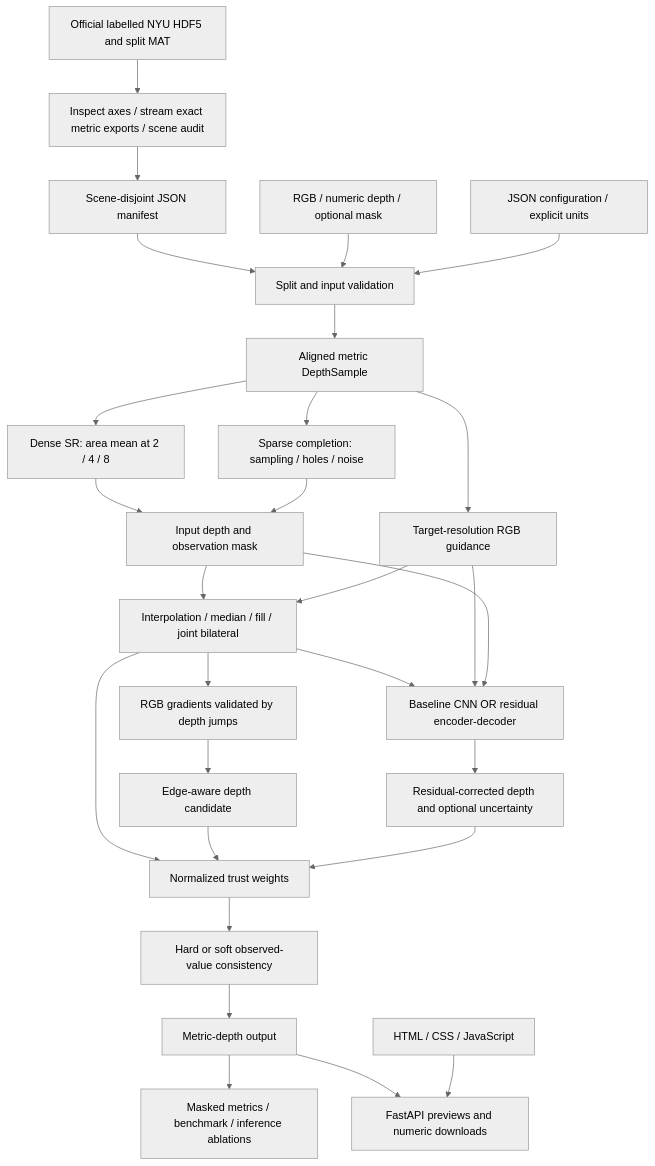
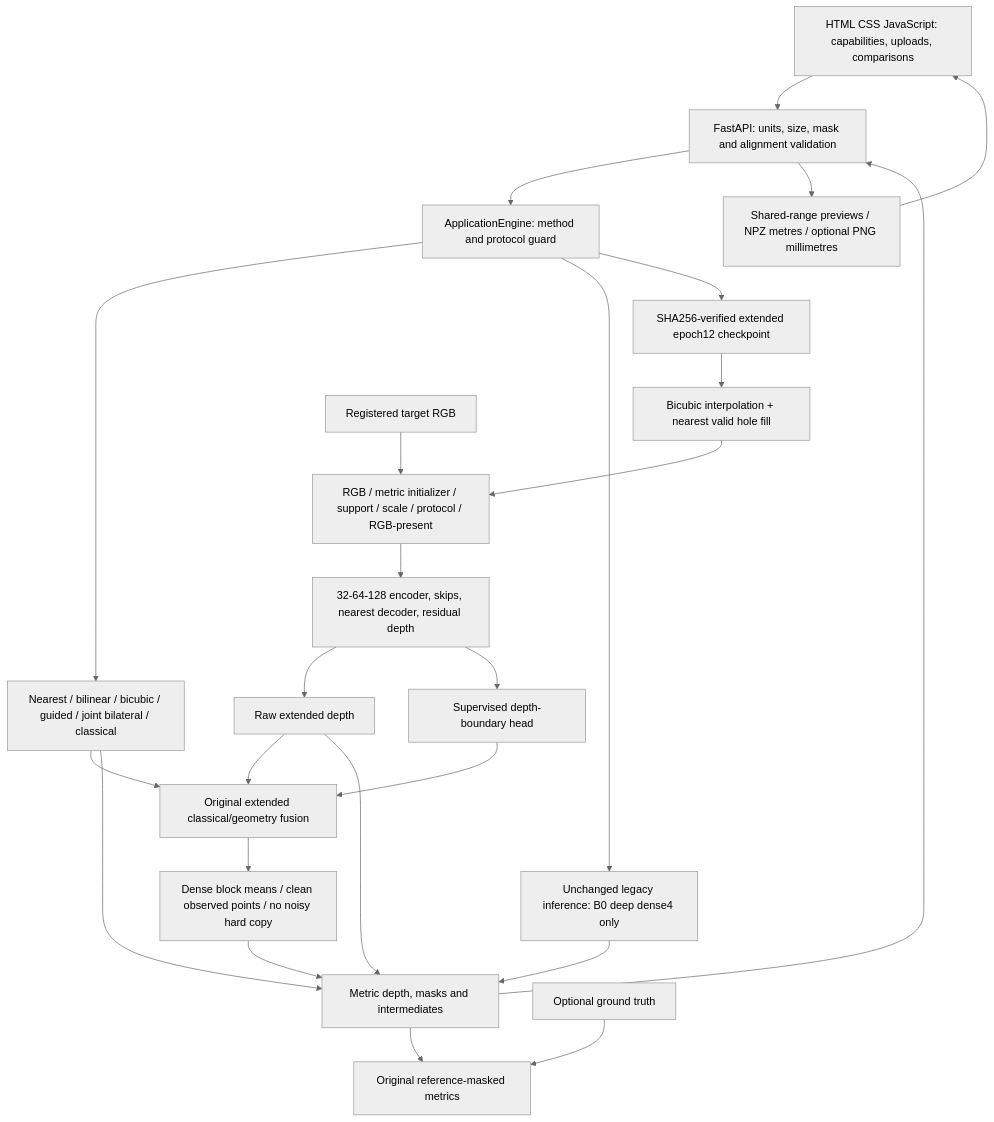
One commit to Dhanush1756/TRIDENT-Depth-T69 changed the diagram in docs/architecture.md. Above: the diagram before and after it, drawn with Mermaid (neutral theme). The commit also changed other lines of this file and 106 other files, not shown here.

````diff
--- a/docs/architecture.md
+++ b/docs/architecture.md
@@ -3,30 +3,27 @@
 ```mermaid
 flowchart TD
-    NYU[Official labelled NYU HDF5 and split MAT] --> Convert[Inspect axes / stream exact metric exports / scene audit]
-    Convert --> Manifest
-    Manifest[Scene-disjoint JSON manifest] --> Audit[Split and input validation]
-    Files[RGB / numeric depth / optional mask] --> Audit
-    Config[JSON configuration / explicit units] --> Audit
-    Audit --> Sample[Aligned metric DepthSample]
-    Sample --> A[Dense SR: area mean at 2 / 4 / 8]
-    Sample --> B[Sparse completion: sampling / holes / noise]
-    A --> Observation[Input depth and observation mask]
-    B --> Observation
-    Observation --> Classical[Interpolation / median / fill / joint bilateral]
-    Sample --> RGB[Target-resolution RGB guidance]
-    RGB --> Classical
-    Classical --> Geometry[RGB gradients validated by depth jumps]
-    Geometry --> Edge[Edge-aware depth candidate]
-    Classical --> CNN[Baseline CNN OR residual encoder-decoder]
-    RGB --> CNN
-    Observation --> CNN
-    CNN --> Learned[Residual-corrected depth and optional uncertainty]
-    Classical --> Fusion[Normalized trust weights]
-    Edge --> Fusion
-    Learned --> Fusion
-    Fusion --> Consistency[Hard or soft observed-value consistency]
-    Consistency --> Output[Metric-depth output]
-    Output --> Evaluation[Masked metrics / benchmark / inference ablations]
-    Output --> API[FastAPI previews and numeric downloads]
-    UI[HTML / CSS / JavaScript] --> API
+    UI[HTML CSS JavaScript: capabilities, uploads, comparisons] --> API[FastAPI: units, size, mask and alignment validation]
+    API --> Dispatch[ApplicationEngine: method and protocol guard]
+    Dispatch --> CV[Nearest / bilinear / bicubic / guided / joint bilateral / classical]
+    Dispatch --> Legacy[Unchanged legacy inference: B0 deep dense4 only]
+    Dispatch --> Exact[SHA256-verified extended epoch12 checkpoint]
+    Exact --> Init[Bicubic interpolation + nearest valid hole fill]
+    RGB[Registered target RGB] --> Features[RGB / metric initializer / support / scale / protocol / RGB-present]
+    Init --> Features
+    Features --> CNN[32-64-128 encoder, skips, nearest decoder, residual depth]
+    CNN --> Deep[Raw extended depth]
+    CNN --> Boundary[Supervised depth-boundary head]
+    Deep --> Hybrid[Original extended classical/geometry fusion]
+    Boundary --> Hybrid
+    CV --> Hybrid
+    Hybrid --> Consistency[Dense block means / clean observed points / no noisy hard copy]
+    CV --> Output[Metric depth, masks and intermediates]
+    Legacy --> Output
+    Deep --> Output
+    Consistency --> Output
+    Output --> API
+    API --> Preview[Shared-range previews / NPZ metres / optional PNG millimetres]
+    Preview --> UI
+    GT[Optional ground truth] --> Metrics[Original reference-masked metrics]
+    Output --> Metrics
 ```
````
